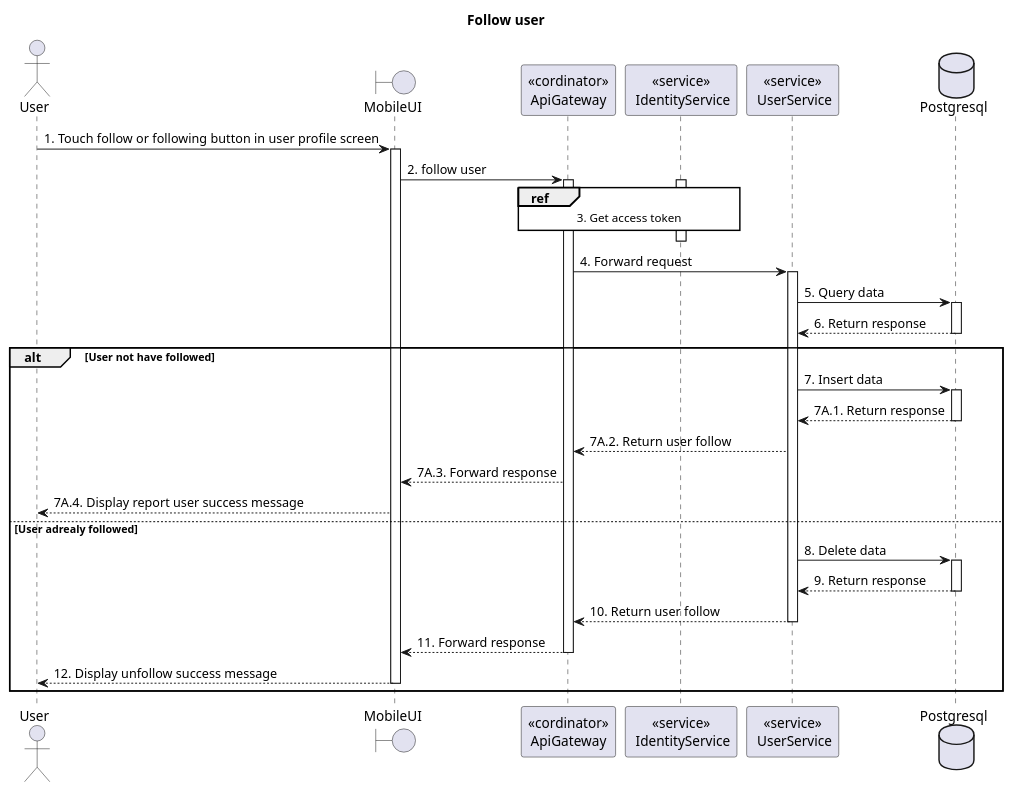
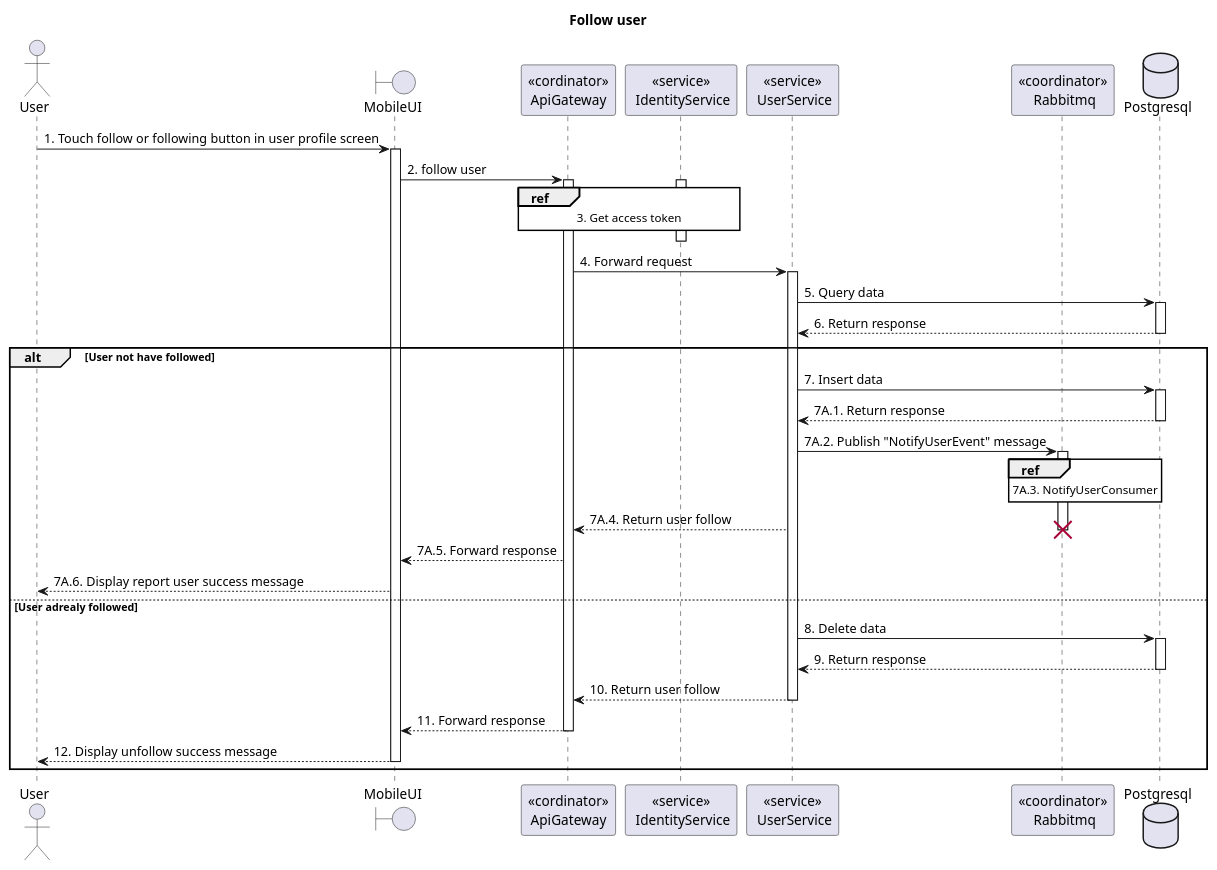
One commit to Carl-Johnsons/tastopia changed the diagram in doc/SDS/User/Follow user/Sequence.plantuml. Above: the diagram before and after it, drawn with PlantUML. The commit also changed 5 other files, not shown here.

Commit message:
doc: add notification sequence diagrams

```diff
--- a/doc/SDS/User/Follow user/Sequence.plantuml
+++ b/doc/SDS/User/Follow user/Sequence.plantuml
@@ -1,45 +1,50 @@
 @startuml Sequence
 title "Follow user"
 
 ' Style section
 <style>
   sequenceDiagram {
     reference {
       BackGroundColor white
     }
 }
 </style>
 
 actor User
 boundary MobileUI
 participant "<<cordinator>>\nApiGateway" as ApiGateway
 participant "<<service>>\n IdentityService" as IdentityService
 participant "<<service>>\n UserService" as UserService
+participant "<<coordinator>>\n Rabbitmq" as Rabbitmq
 database Postgresql
 
 User -> MobileUI ++: 1. Touch follow or following button in user profile screen
 MobileUI -> ApiGateway ++: 2. follow user
 
 activate IdentityService
 ref over ApiGateway, IdentityService: 3. Get access token
 ApiGateway -[hidden]-> IdentityService
 deactivate IdentityService
 
 ApiGateway -> UserService ++: 4. Forward request
 
 UserService -> Postgresql++: 5. Query data
 UserService <-- Postgresql--: 6. Return response
 alt User not have followed
   UserService -> Postgresql++: 7. Insert data
   UserService <-- Postgresql--: 7A.1. Return response
-  ApiGateway <-- UserService: 7A.2. Return user follow
-  MobileUI <-- ApiGateway: 7A.3. Forward response
-  User <-- MobileUI: 7A.4. Display report user success message
+  UserService -> Rabbitmq: 7A.2. Publish "NotifyUserEvent" message 
+  activate Rabbitmq
+  ref over Rabbitmq: 7A.3. NotifyUserConsumer
+  ApiGateway <-- UserService: 7A.4. Return user follow
+  destroy Rabbitmq
+  MobileUI <-- ApiGateway: 7A.5. Forward response
+  User <-- MobileUI: 7A.6. Display report user success message
 else User adrealy followed
   UserService -> Postgresql++: 8. Delete data
   UserService <-- Postgresql--: 9. Return response
   ApiGateway <-- UserService--: 10. Return user follow
   MobileUI <-- ApiGateway--: 11. Forward response
   User <-- MobileUI--: 12. Display unfollow success message
 end alt
 @enduml
```
